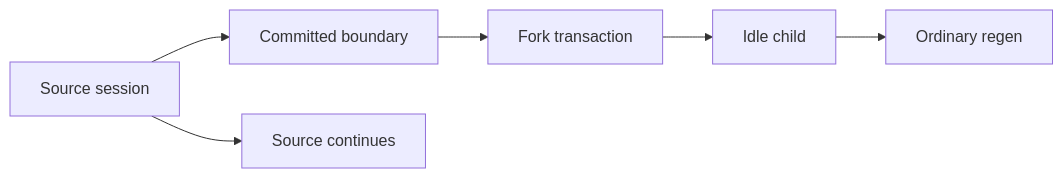
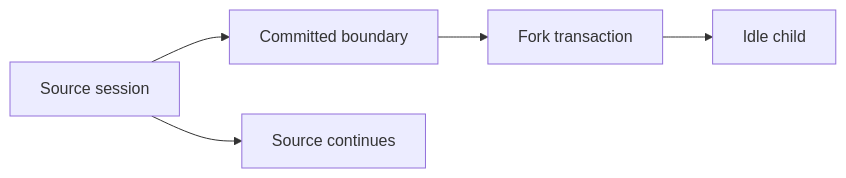
The diagram in docs/intention-relay/architecture/23-non-destructive-session-branching-and-regeneration.md (y0tsy/intention-relay), drawn with Mermaid before and after one commit. The commit also changed other lines of this file and 9 other files, not shown here.

First line of the commit message:
docs(architecture): execute Wave R4 for the future packages and domains

````diff
--- a/docs/intention-relay/architecture/23-non-destructive-session-branching-and-regeneration.md
+++ b/docs/intention-relay/architecture/23-non-destructive-session-branching-and-regeneration.md
@@ -39,8 +39,7 @@
 ```mermaid
 flowchart LR
   S[Source session] --> B[Committed boundary]
   B --> F[Fork transaction]
   F --> C[Idle child]
-  C --> R[Ordinary regen]
   S --> X[Source continues]
 ```
````
